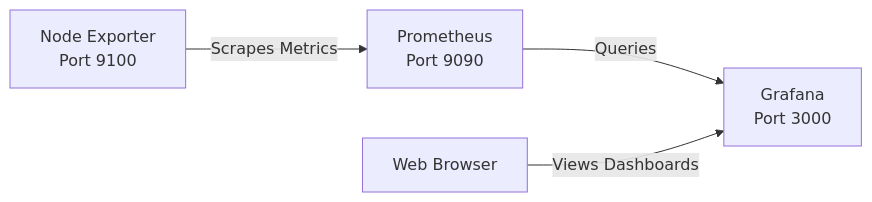
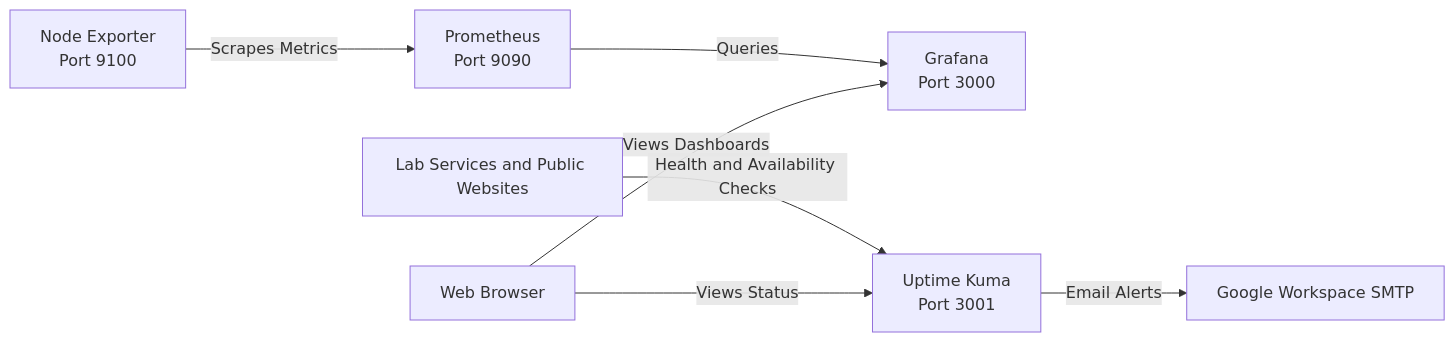
The diagram in docs/monitoring.md (Tearstone/tearstone-homelab), drawn with Mermaid before and after one commit. The commit also changed other lines of this file, not shown here.

Commit message:
Document Uptime Kuma monitoring stack

````diff
--- a/docs/monitoring.md
+++ b/docs/monitoring.md
@@ -9,12 +9,18 @@
 ```mermaid
 graph LR
 
 NodeExporter["Node Exporter<br/>Port 9100"]
 Prometheus["Prometheus<br/>Port 9090"]
 Grafana["Grafana<br/>Port 3000"]
+UptimeKuma["Uptime Kuma<br/>Port 3001"]
+SMTP["Google Workspace SMTP"]
+Endpoints["Lab Services and Public Websites"]
 Browser["Web Browser"]
 
 NodeExporter -->|Scrapes Metrics| Prometheus
 Prometheus -->|Queries| Grafana
+Endpoints -->|Health and Availability Checks| UptimeKuma
+UptimeKuma -->|Email Alerts| SMTP
 Browser -->|Views Dashboards| Grafana
+Browser -->|Views Status| UptimeKuma
 ```
````
